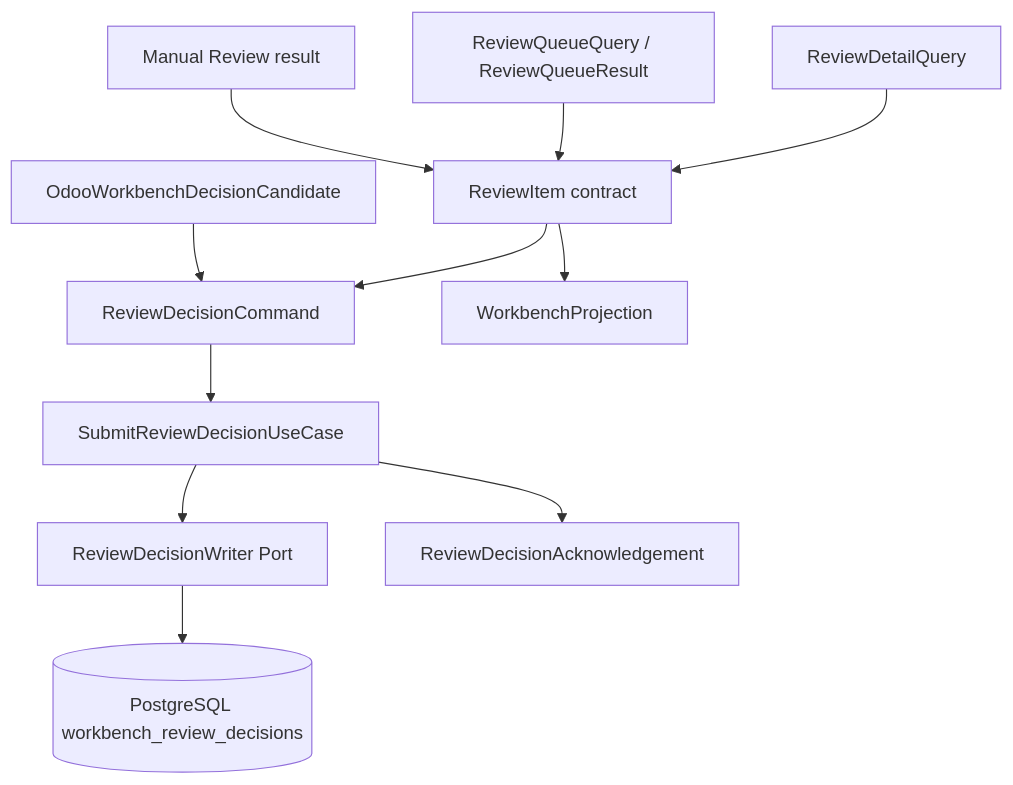
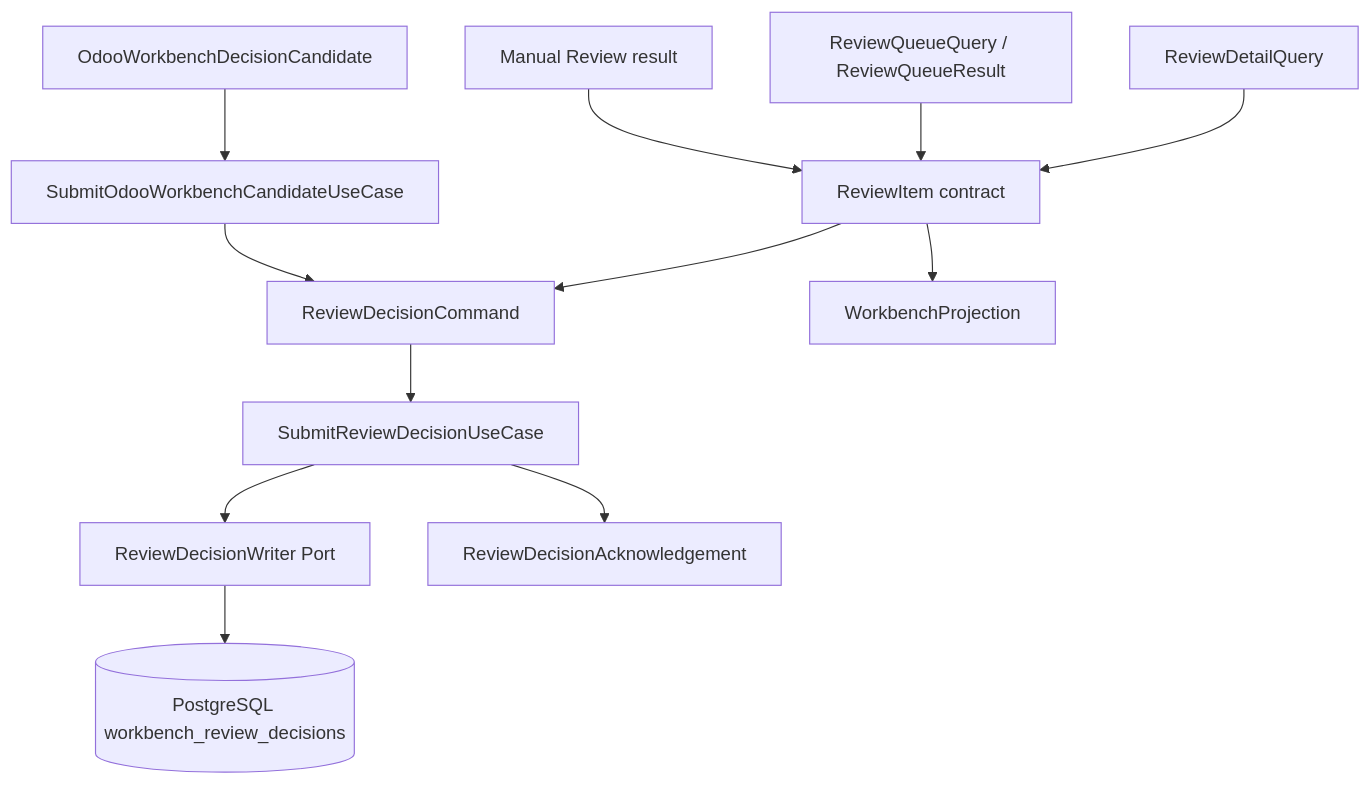
One commit to odurmazoglu/ict-integration-hub changed the third of 5 diagrams in docs/WORKFLOWS.md. Above: the diagram before and after it, drawn with Mermaid. The commit also changed other lines of this file and 10 other files, not shown here.

Commit message:
feat: orchestrate Odoo workbench decision submission

````diff
--- a/docs/WORKFLOWS.md
+++ b/docs/WORKFLOWS.md
@@ -90,25 +90,27 @@
 ```mermaid
 flowchart TB
     ReviewRequired[Manual Review result]
     ReviewItem[ReviewItem contract]
     Queue[ReviewQueueQuery / ReviewQueueResult]
     Detail[ReviewDetailQuery]
     Decision[ReviewDecisionCommand]
     Projection[WorkbenchProjection]
     Candidate[OdooWorkbenchDecisionCandidate]
+    OdooSubmit[SubmitOdooWorkbenchCandidateUseCase]
     Submit[SubmitReviewDecisionUseCase]
     Writer[ReviewDecisionWriter Port]
     Store[(PostgreSQL workbench_review_decisions)]
     Ack[ReviewDecisionAcknowledgement]
 
     ReviewRequired --> ReviewItem
     ReviewItem --> Projection
     Queue --> ReviewItem
     Detail --> ReviewItem
-    Candidate --> Decision
+    Candidate --> OdooSubmit
+    OdooSubmit --> Decision
     ReviewItem --> Decision
     Decision --> Submit
     Submit --> Writer
     Writer --> Store
     Submit --> Ack
 ```
````
